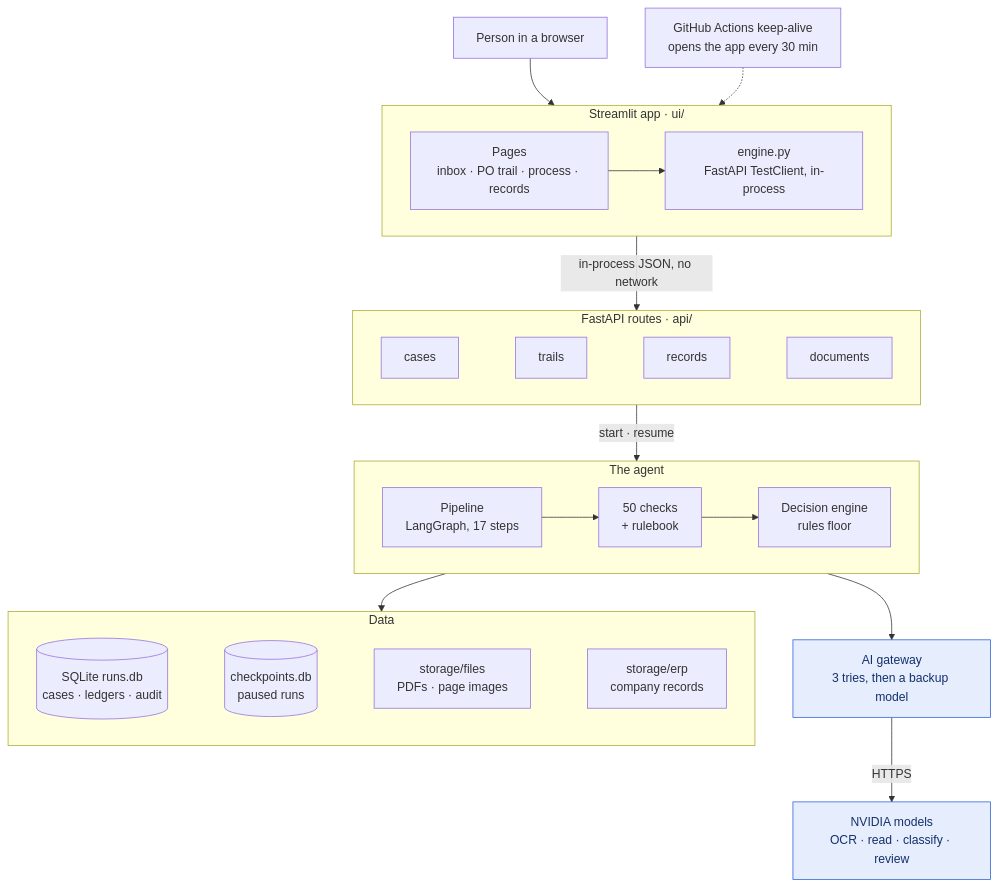
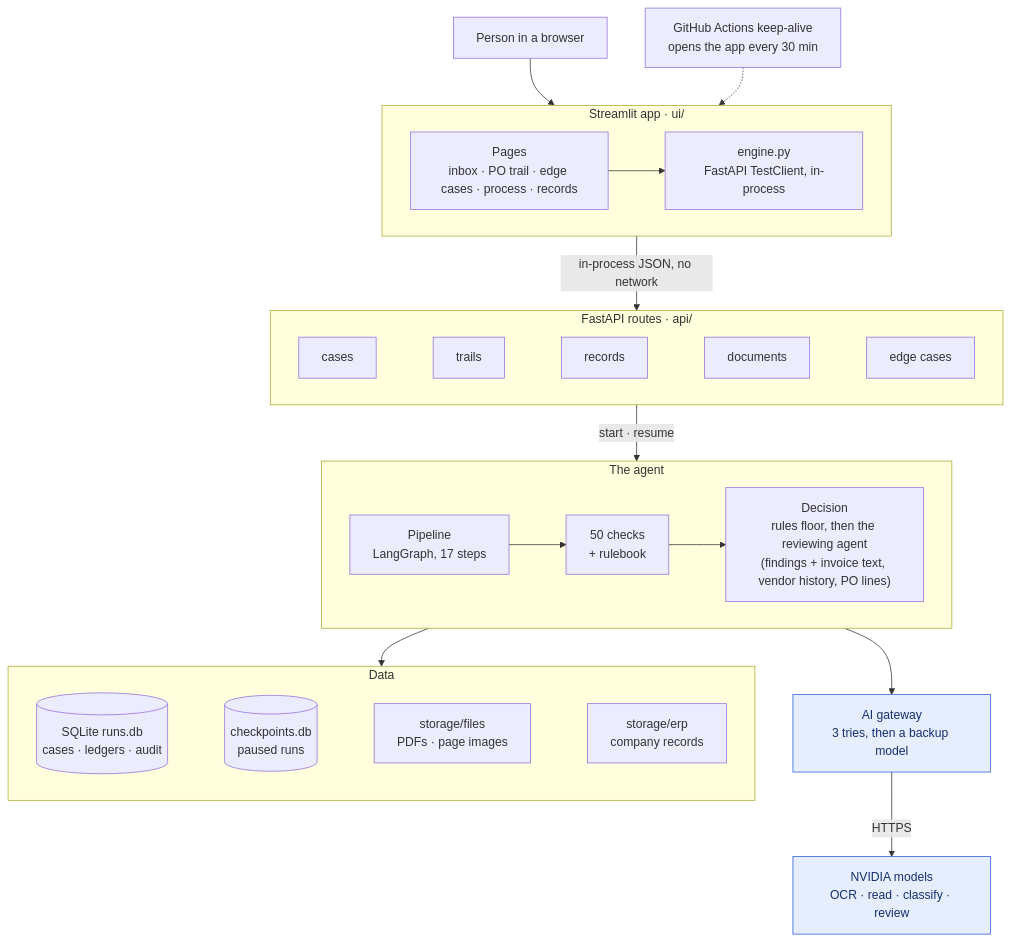
One commit to sh-yamm/Invoice-Automation-Agent changed the diagram in docs/diagrams/02-architecture.mmd. Above: the diagram before and after it, drawn with Mermaid. The commit also changed 12 other files, not shown here.

Commit message:
docs: diagrams and README brought up to date (edge cases page, reviewer context, GST-inclusive conversion, new files); fresh screenshots; softer box fills, borders kept

```diff
--- a/docs/diagrams/02-architecture.mmd
+++ b/docs/diagrams/02-architecture.mmd
@@ -1,25 +1,25 @@
 flowchart TB
   U["Person in a browser"] --> APP
   GH["GitHub Actions keep-alive<br/>opens the app every 30 min"] -.-> APP
   subgraph APP["Streamlit app · ui/"]
     direction LR
-    PAGES["Pages<br/>inbox · PO trail · process · records"] --> ENG["engine.py<br/>FastAPI TestClient, in-process"]
+    PAGES["Pages<br/>inbox · PO trail · edge cases · process · records"] --> ENG["engine.py<br/>FastAPI TestClient, in-process"]
   end
   APP -->|"in-process JSON, no network"| API
   subgraph API["FastAPI routes · api/"]
     direction LR
-    R1["cases"] ~~~ R2["trails"] ~~~ R3["records"] ~~~ R4["documents"]
+    R1["cases"] ~~~ R2["trails"] ~~~ R3["records"] ~~~ R4["documents"] ~~~ R5["edge cases"]
   end
   API -->|"start · resume"| AGENT
   subgraph AGENT["The agent"]
     direction LR
-    PIPE["Pipeline<br/>LangGraph, 17 steps"] --> CHK["50 checks<br/>+ rulebook"] --> DEC["Decision engine<br/>rules floor"]
+    PIPE["Pipeline<br/>LangGraph, 17 steps"] --> CHK["50 checks<br/>+ rulebook"] --> DEC["Decision<br/>rules floor, then the reviewing agent<br/>(findings + invoice text, vendor history, PO lines)"]
   end
   AGENT --> GW["AI gateway<br/>3 tries, then a backup model"]:::ai
   GW -->|HTTPS| NV["NVIDIA models<br/>OCR · read · classify · review"]:::ai
   AGENT --> DATA
   subgraph DATA["Data"]
     direction LR
     DB[("SQLite runs.db<br/>cases · ledgers · audit")] ~~~ CP[("checkpoints.db<br/>paused runs")] ~~~ FILES["storage/files<br/>PDFs · page images"] ~~~ ERP["storage/erp<br/>company records"]
   end
   classDef ai fill:#E6EDFC,stroke:#2B5FD9,color:#14306E
```
